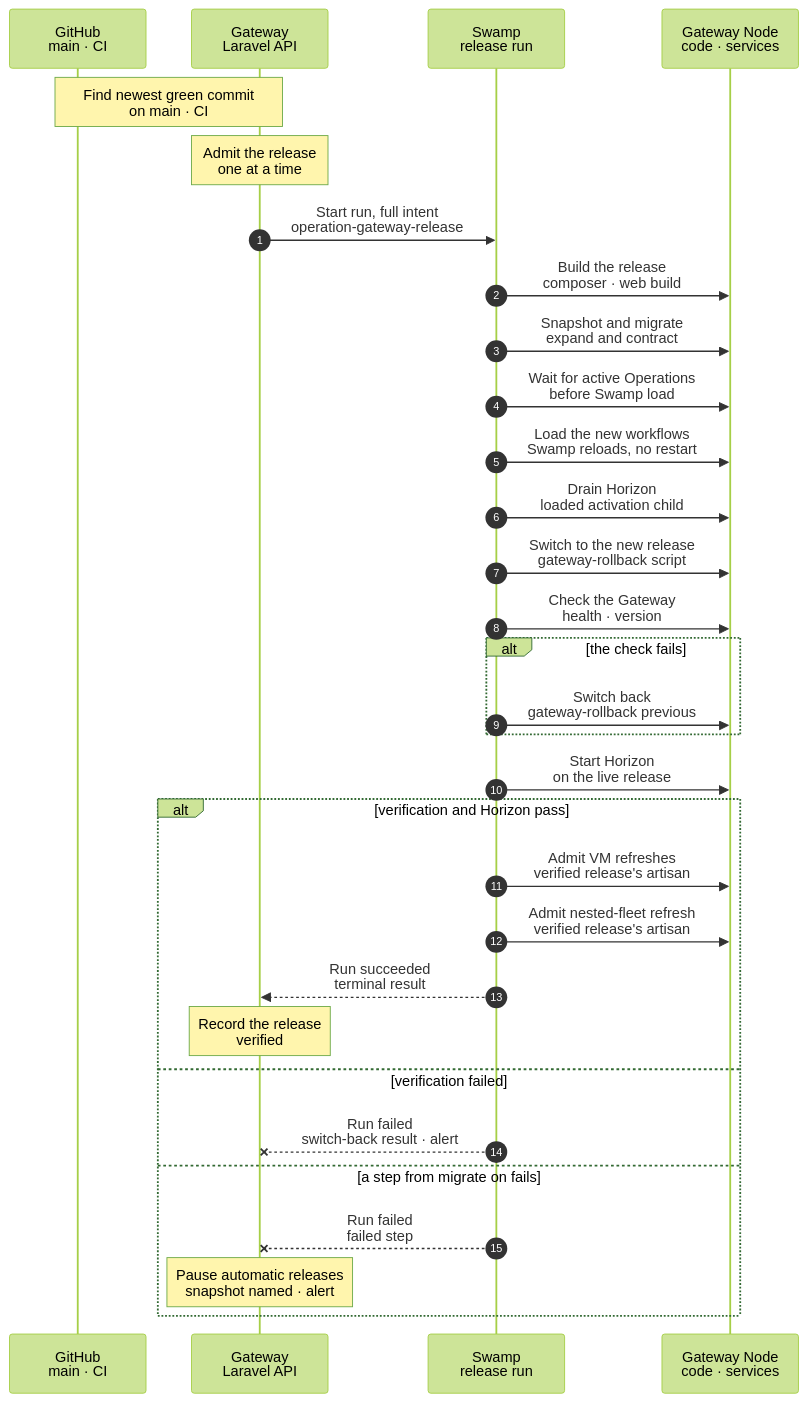
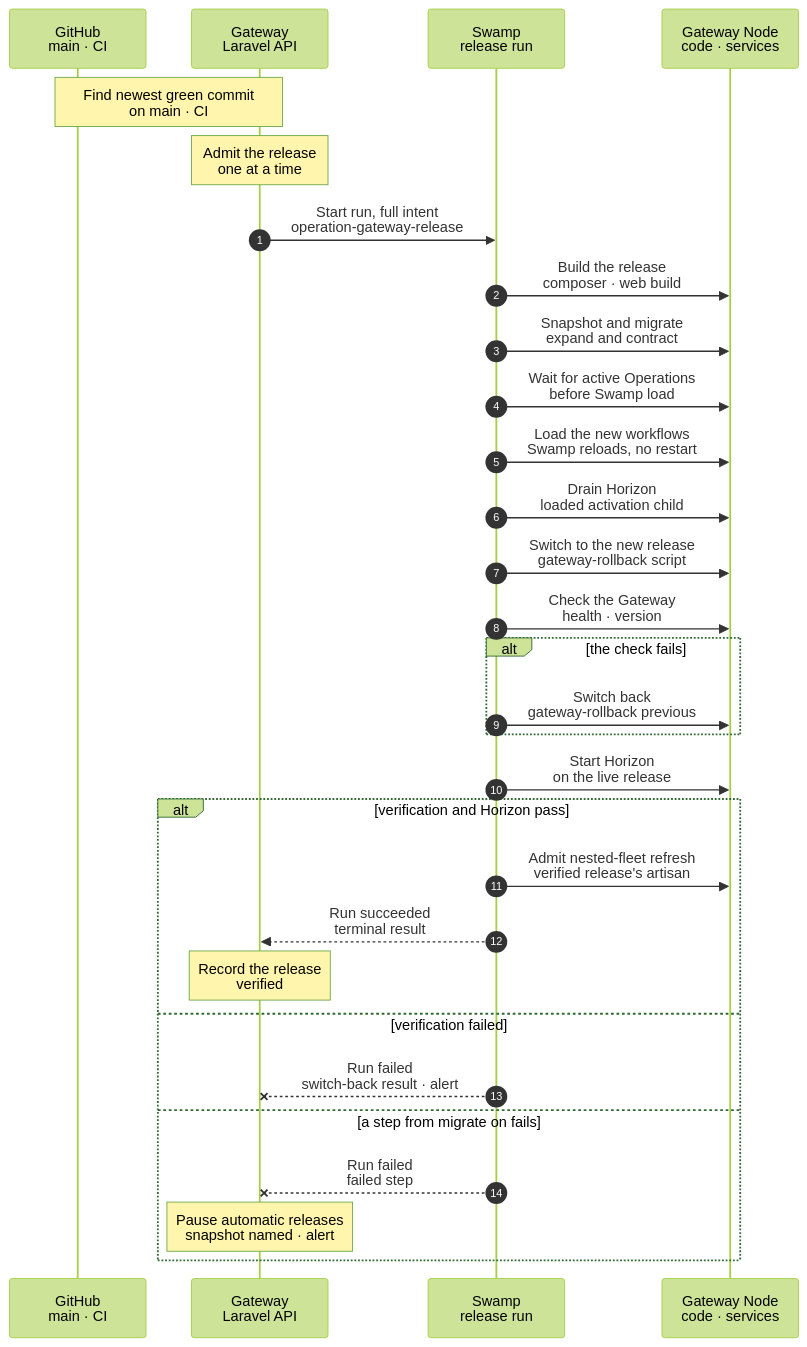
The diagram in docs/reference/pipeline/5-automatic-release.mmd (hardimpactdev/orbit), drawn with Mermaid (forest theme) before and after one commit. The commit also changed 25 other files, not shown here.

```diff
--- a/docs/reference/pipeline/5-automatic-release.mmd
+++ b/docs/reference/pipeline/5-automatic-release.mmd
@@ -1,89 +1,86 @@
 sequenceDiagram
   %% Target design: stage 5 of the command development pipeline (feature-flow section 6, gateway-recovery "Automatic releases"). A merged green commit gets an automatic Swamp release run when automatic releases are enabled and unpaused; a failed check switches back. The steps of the run itself are in the chart gateway:release:deploy. No fleet test follows a release.
   %% status: draft
   %% command: development pipeline stage 5 · automatic Swamp release
   %% kind: pipeline.5-automatic-release
   autonumber
   %% lane GH icon=server pill=CI tone=blue
   %% lane GW icon=gateway pill=intent tone=blue
   %% lane SW icon=workflow pill=executes tone=green
   %% lane GN icon=server pill=target tone=amber
   participant GH as GitHub<br/>main · CI
   participant GW as Gateway<br/>Laravel API
   participant SW as Swamp<br/>release run
   participant GN as Gateway Node<br/>code · services
   Note over GW,GH: Find newest green commit<br/>on main · CI
   %%> Built:
   %%> - the Gateway looks every five minutes while automatic releases are on, and reads CI through its GitHub App; the merges of those five minutes go out in one release of the newest green commit
   %%> What it accepts:
   %%> - a run of `ci.yml` on `main`, with `Main delivery checks`, its main `Required checks` result and `Gateway release inputs` green; selected fixtures gate a normal main run; a verified tree receipt reuses passed PR checks, and Main full set reports independently
   %%> - main CI may reuse a green PR merge tree after verifying repository, workflow, PR, checkout tree, Docs body and artifact digest; it republishes the web artifact under the main SHA and keeps the same check names
   %%> - the release reader still accepts only the main CI result and main artifact; a fork, PR or other workflow cannot directly authorize a release
   Note over GW: Admit the release<br/>one at a time
   %%> Requirements:
   %%> - no other release queued or running, and automatic releases not paused
   %%> - the agent pin passes its Sigstore check; CI published the web build
   %%> Why:
   %%> - several merges can land during a release; the next run takes only the newest commit
   %%> Result:
   %%> - a running release record; the pin, artifact and targets are frozen as inputs
   GW->>SW: Start run, full intent<br/>operation-gateway-release
   %%> Why:
   %%> - the Gateway records intent only; Swamp executes. Detail of every step: chart `gateway:release:deploy`
   SW->>GN: Build the release<br/>composer · web build
   %%> What it does:
   %%> - refuses a commit that does not descend from the current release
   %%> - installs dependencies and the web build, and seals the release
   SW->>GN: Snapshot and migrate<br/>expand and contract
   %%> What it does:
   %%> - writes a database snapshot, then migrates while the old release still serves
   %%> - old code must work with the new schema
   SW->>GN: Wait for active Operations<br/>before Swamp load
   %%> What it does:
   %%> - checks release-blocking Operations while the old release and Horizon serve; force does not bypass it
   %%> - a busy timeout refuses with `gateway.release_busy`; no Swamp load or activation follows
   SW->>GN: Load the new workflows<br/>Swamp reloads, no restart
   %%> Why:
   %%> - the switch then runs the new commit's own steps
   SW->>GN: Drain Horizon<br/>loaded activation child
   %%> On failure:
   %%> - no switch follows a failed drain; Start Horizon still runs
   SW->>GN: Switch to the new release<br/>gateway-rollback script
   %%> What it does:
   %%> - switches the links, reloads PHP-FPM, restarts the running services; a failed switch still reaches Start Horizon
   SW->>GN: Check the Gateway<br/>health · version
   %%> What it does:
   %%> - reads the health endpoint and the status version of the Gateway
   alt the check fails
     SW->>GN: Switch back<br/>gateway-rollback previous
     %%> What it does:
     %%> - returns to the previous release without Swamp; a failed switch-back reports its own error
   end
   SW->>GN: Start Horizon<br/>on the live release
   %%> What it does:
   %%> - always runs after activation paths, including failed drain, switch, verification or switch-back; skips only when no Horizon unit is configured
   %%> - a failed start admits no refresh
   alt verification and Horizon pass
-    SW->>GN: Admit VM refreshes<br/>verified release's artisan
-    %%> What it does:
-    %%> - also permits a skipped Horizon start; admission is best effort and never waits for refresh completion (stage 6)
     SW->>GN: Admit nested-fleet refresh<br/>verified release's artisan
     %%> What it does:
-    %%> - admits the deployment of each nested-fleet default to the release commit, best effort; with none it admits nothing (stage 6)
+    %%> - also permits a skipped Horizon start; admits the deployment of each nested-fleet default to the release commit, best effort; with none it admits nothing (stage 6)
     SW-->>GW: Run succeeded<br/>terminal result
     Note over GW: Record the release<br/>verified
     %%> Result:
     %%> - the Gateway admits the [Fleet rollout](/reference/gateway-recovery#fleet-rollout), and a daily pass at 03:05 Amsterdam visits the Nodes it deferred
     %%> - no fleet test follows a release; development defaults are not deployed by it, except the refresh of the nested-fleet default (stage 6)
   else verification failed
     SW--xGW: Run failed<br/>switch-back result · alert
     %%> Result:
     %%> - the Gateway records the failed verification and switch-back outcome; no refresh is admitted
   else a step from migrate on fails
     SW--xGW: Run failed<br/>failed step
     %%> On failure:
     %%> - from migrate on, the old release may be live with a changed schema, so the run stops and names the snapshot
     Note over GW: Pause automatic releases<br/>snapshot named · alert
     %%> Result:
     %%> - restoring the snapshot is an operator action; `gateway:auto-release:resume` clears the pause
   end
```
